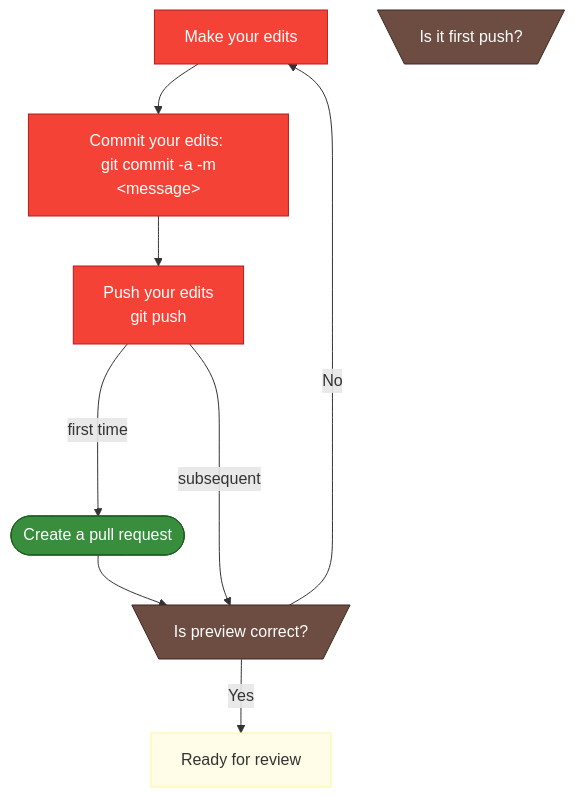
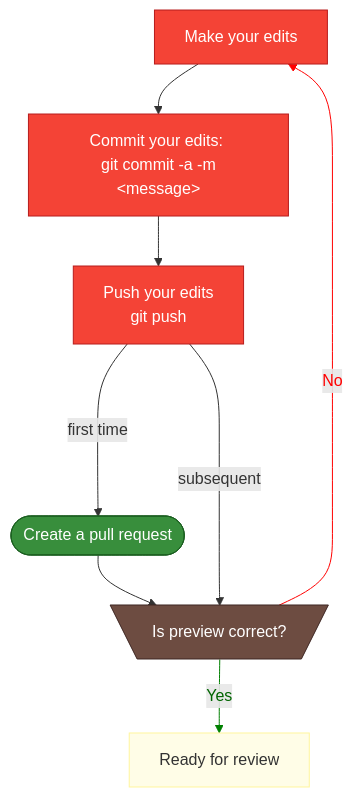
One commit to CABLE-LSM/CABLE changed the fourth of 5 diagrams in documentation/docs/developer_guide/contribution_flowchart.md. Above: the diagram before and after it, drawn with Mermaid. The commit also changed other lines of this file, not shown here.

Commit message:
Clean up flowcharts

````diff
--- a/documentation/docs/developer_guide/contribution_flowchart.md
+++ b/documentation/docs/developer_guide/contribution_flowchart.md
@@ -91,25 +101,29 @@
 ```mermaid
    flowchart TB
 
       edits[Make your edits]:::term;
       commit["Commit your edits: <br> git commit -a -m &lt;message&gt;"]:::term;
       push[Push your edits <br> git push]:::term;
-      first[\Is it first push?/]:::question;
       pr([Create a pull request]):::github;
       preview[\Is preview correct?/]:::question;
       review[Ready for review];
 
       edits --> commit --> push;
       push --> |first time|pr --> preview;
       push ----> |subsequent|preview;
       preview -->|Yes|review;
       preview -->|No|edits;
 
       classDef default fill:#FFFDE7, stroke:#FFF59D;
       classDef uniq fill:#D81B60, stroke:#880E4F, color:#FFFFFF;
       classDef github fill:#388E3C,stroke:#1B5E20, color:#FFFFFF;
       classDef term fill:#F44336, stroke:#B71C1C, color:#FFFFFF;
       classDef question fill:#6D4C41, stroke:#3E2723, color:#FFFFFF; 
 
+      linkStyle 6 stroke:red,color:red;
+      linkStyle 5 stroke:green,color:darkgreen;
+
+      click review "https://cable-lsm.github.io/CABLE/developer_guide/contribution_flowchart/#review" "Review process"
+
 ;
 ```
````
